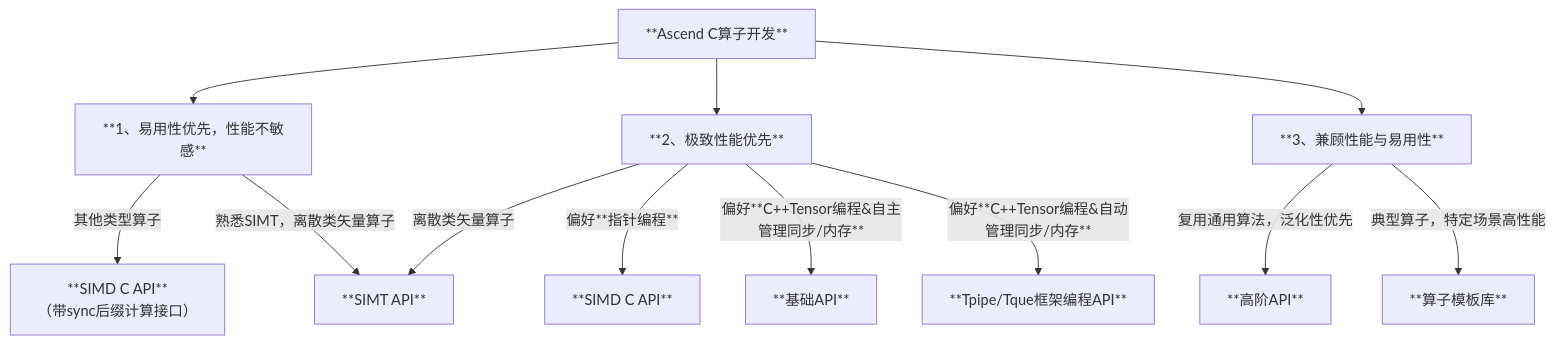
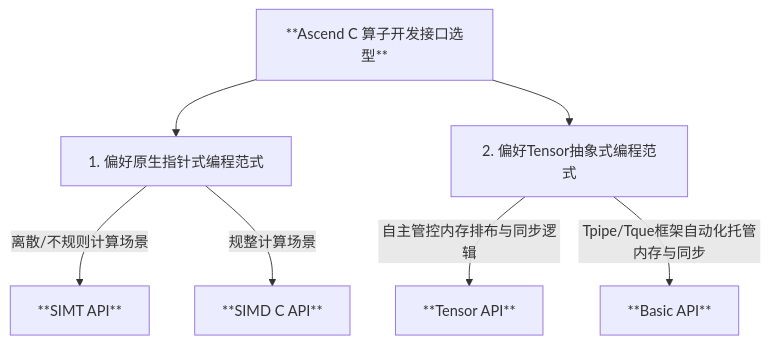
One commit to qingshangyan12/asc-devkit_clone changed the diagram in docs/zh/asc_how_to_choose_api.md. Above: the diagram before and after it, drawn with Mermaid. The commit also changed other lines of this file and 1 other file, not shown here.

Commit message:
update ascendc api description

````diff
--- a/docs/zh/asc_how_to_choose_api.md
+++ b/docs/zh/asc_how_to_choose_api.md
@@ -41,15 +39,9 @@
 ```mermaid
 graph TD
-    A[**Ascend C算子开发**] --> B[**1、易用性优先，性能不敏感**]
-    A --> C[**2、极致性能优先**]
-    A --> D[**3、兼顾性能与易用性**]
-    B -->|其他类型算子| E[**SIMD C API**<br>（带sync后缀计算接口）]
-    B -->|熟悉SIMT，离散类矢量算子| F[**SIMT API**]
-    C -->|离散类矢量算子| F
-    C -->|偏好**指针编程**| P[**SIMD C API**]
-    C -->|偏好**C++Tensor编程&自主管理同步/内存**| I[**基础API**]
-    C -->|偏好**C++Tensor编程&自动管理同步/内存**| J[**Tpipe/Tque框架编程API**]
-
-    D -->|复用通用算法，泛化性优先| K[**高阶API**]
-    D -->|典型算子，特定场景高性能| L[**算子模板库**]
+    A[**Ascend C 算子开发接口选型**] --> B[1. 偏好原生指针式编程范式]
+    A --> C[2. 偏好Tensor抽象式编程范式]
+    B -->|离散/不规则计算场景| E[**SIMT API**]
+    B -->|规整计算场景| F[**SIMD C API**]
+    C -->|自主管控内存排布与同步逻辑| G[**Tensor API**]
+    C -->|Tpipe/Tque框架自动化托管内存与同步| H[**Basic API**]
 ```
````
